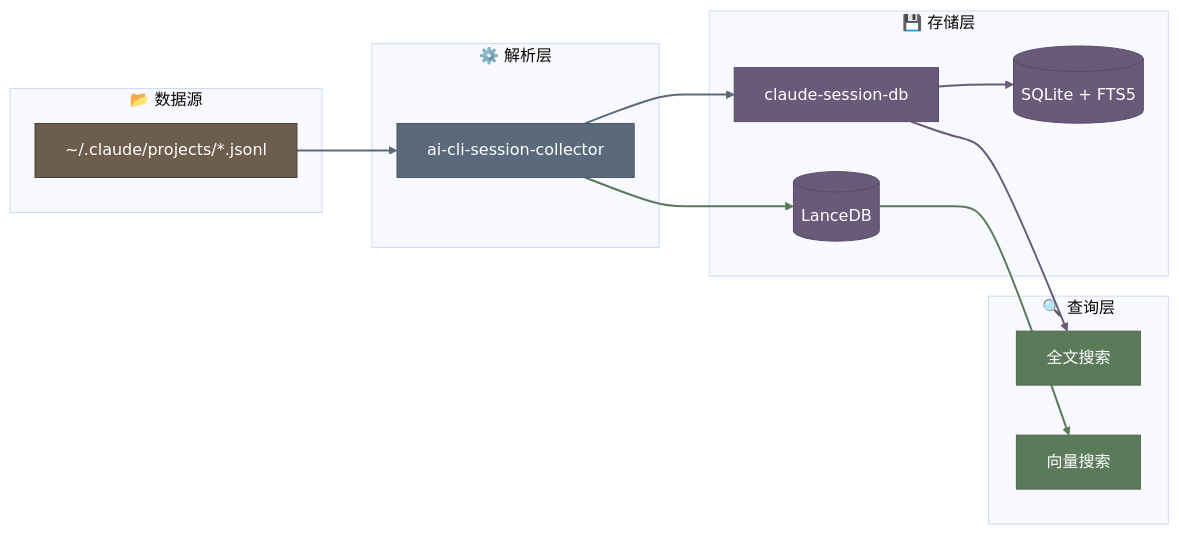
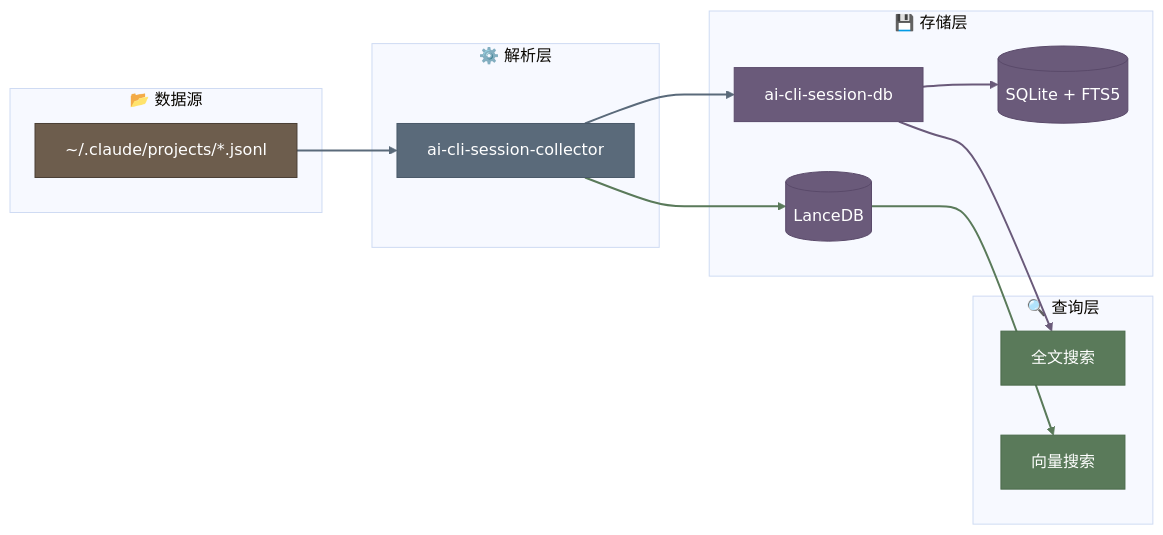
Before and after one commit to vimo-ai/ETerm-workspace: the fourth of 4 diagrams in ARCHITECTURE.md, drawn with Mermaid (base theme). The commit also changed other lines of this file and 9 other files, not shown here.

First line of the commit message:
🔧 Rename claude-session-db to ai-cli-session-db

````diff
--- a/ARCHITECTURE.md
+++ b/ARCHITECTURE.md
@@ -184,40 +184,40 @@
 ```mermaid
 flowchart LR
     subgraph Source["📂 数据源"]
         JSONL["~/.claude/projects/*.jsonl"]
     end
 
     subgraph Parse["⚙️ 解析层"]
         Collector["ai-cli-session-collector"]
     end
 
     subgraph Storage["💾 存储层"]
-        DB["claude-session-db"]
+        DB["ai-cli-session-db"]
         SQLite[("SQLite + FTS5")]
         Lance[("LanceDB")]
     end
 
     subgraph Query["🔍 查询层"]
         FTS["全文搜索"]
         Vector["向量搜索"]
     end
 
     JSONL --> Collector
     Collector --> DB
     DB --> SQLite
     DB --> FTS
     Collector --> Lance
     Lance --> Vector
 
     style JSONL fill:#6D5D4D,stroke:#4A3F35,color:#fff
     style Collector fill:#5A6A7A,stroke:#4A5A6A,color:#fff
     style DB fill:#6A5A7A,stroke:#5A4A6A,color:#fff
     style SQLite fill:#6A5A7A,stroke:#5A4A6A,color:#fff
     style Lance fill:#6A5A7A,stroke:#5A4A6A,color:#fff
     style FTS fill:#5A7A5A,stroke:#4A6A4A,color:#fff
     style Vector fill:#5A7A5A,stroke:#4A6A4A,color:#fff
 
     linkStyle 0,1 stroke:#5A6A7A,stroke-width:2px
     linkStyle 2,3 stroke:#6A5A7A,stroke-width:2px
     linkStyle 4,5 stroke:#5A7A5A,stroke-width:2px
 ```
````
